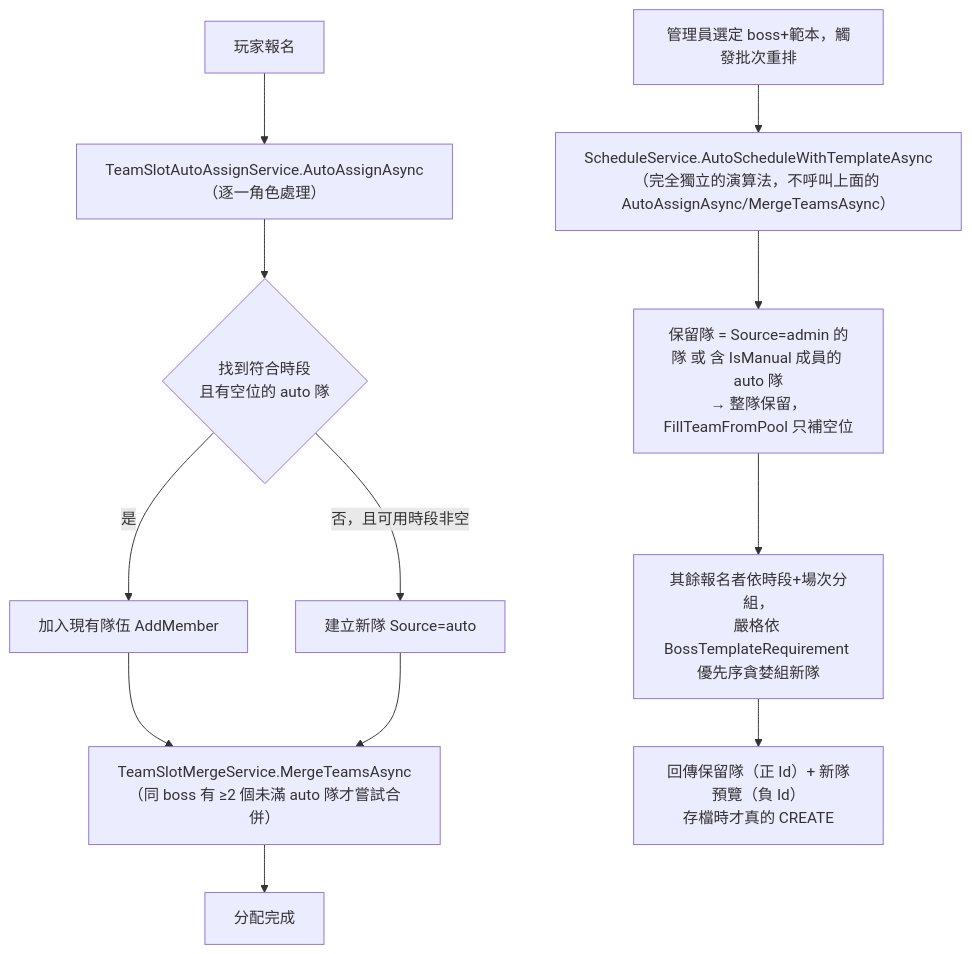
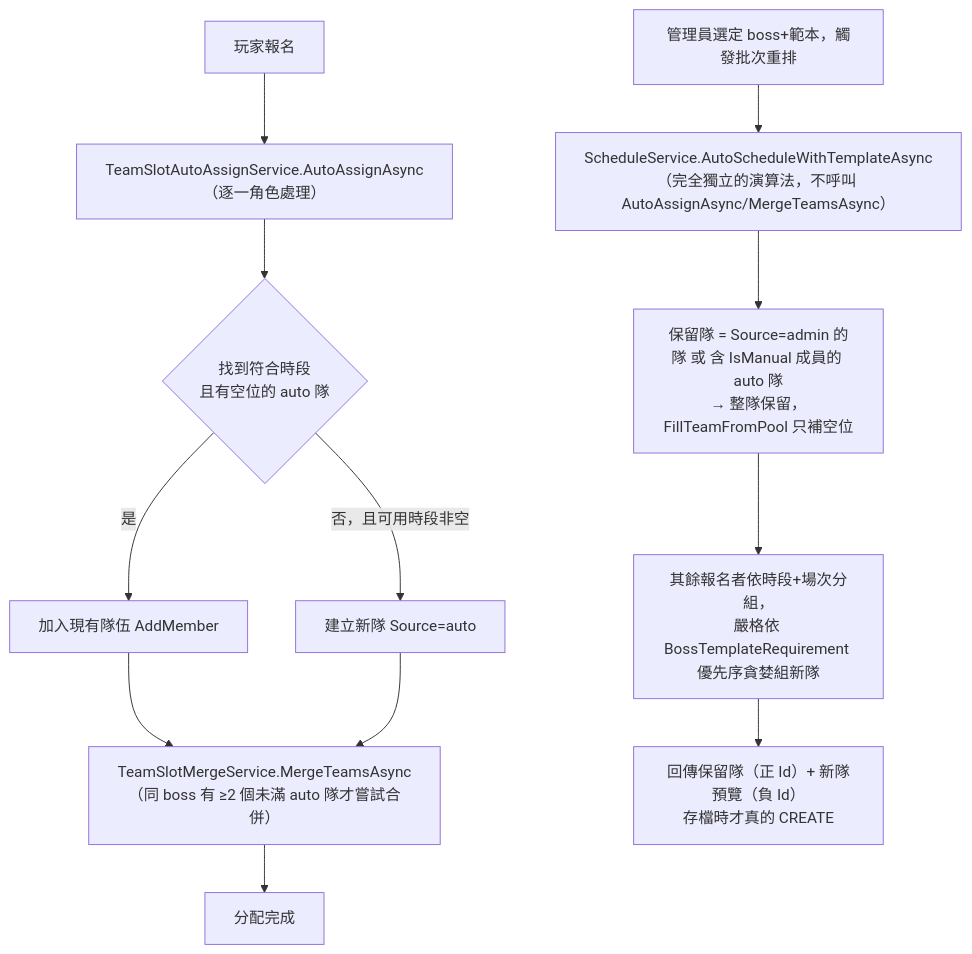
Before and after one commit to MinMiss5678/MapleStoryRaidScheduler: the fifth of 11 diagrams in docs/architecture.md, drawn with Mermaid. The commit also changed other lines of this file and 7 other files, not shown here.

````diff
--- a/docs/architecture.md
+++ b/docs/architecture.md
@@ -352,15 +352,15 @@
 ```mermaid
 flowchart TD
     A[玩家報名] --> B["TeamSlotAutoAssignService.AutoAssignAsync\n（逐一角色處理）"]
     B --> C{找到符合時段\n且有空位的 auto 隊}
     C -->|是| D[加入現有隊伍 AddMember]
     C -->|否，且可用時段非空| E[建立新隊 Source=auto]
     D --> F["TeamSlotMergeService.MergeTeamsAsync\n（同 boss 有 ≥2 個未滿 auto 隊才嘗試合併）"]
     E --> F
     F --> Fend[分配完成]
 
-    G[管理員選定 boss+範本，觸發批次重排] --> H["ScheduleService.AutoScheduleWithTemplateAsync\n（完全獨立的演算法，不呼叫上面的 AutoAssignAsync/MergeTeamsAsync）"]
+    G[管理員選定 boss+範本，觸發批次重排] --> H["ScheduleService.AutoScheduleWithTemplateAsync\n（完全獨立的演算法，不呼叫 AutoAssignAsync/MergeTeamsAsync）"]
     H --> I["保留隊 = Source=admin 的隊 或 含 IsManual 成員的 auto 隊\n→ 整隊保留，FillTeamFromPool 只補空位"]
     I --> J["其餘報名者依時段+場次分組，\n嚴格依 BossTemplateRequirement 優先序貪婪組新隊"]
     J --> K["回傳保留隊（正 Id）+ 新隊預覽（負 Id）\n存檔時才真的 CREATE"]
 ```
````
